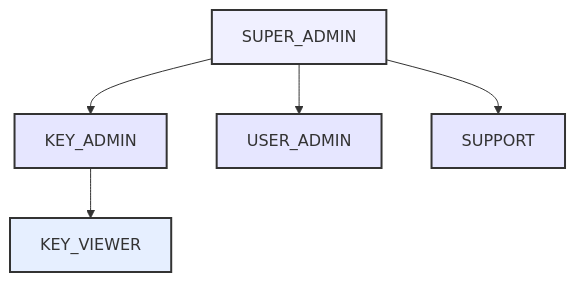
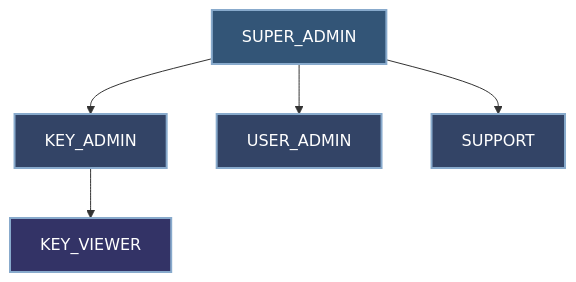
Before and after one commit to erfianugrah/api-gateway-workers: the third of 7 diagrams in docs/ARCHITECTURE.md, drawn with Mermaid. The commit also changed other lines of this file and 1 other file, not shown here.

````diff
--- a/docs/ARCHITECTURE.md
+++ b/docs/ARCHITECTURE.md
@@ -126,13 +126,13 @@
 ```mermaid
 flowchart TB
     A[SUPER_ADMIN] --> B[KEY_ADMIN]
     A --> C[USER_ADMIN]
     A --> D[SUPPORT]
     B --> E[KEY_VIEWER]
     
-    style A fill:#f0f0ff,stroke:#333,stroke-width:2px
-    style B fill:#e6e6ff,stroke:#333,stroke-width:2px
-    style C fill:#e6e6ff,stroke:#333,stroke-width:2px
-    style D fill:#e6e6ff,stroke:#333,stroke-width:2px
-    style E fill:#e6efff,stroke:#333,stroke-width:2px
+    style A fill:#335577,stroke:#88aacc,stroke-width:2px,color:#ffffff
+    style B fill:#334466,stroke:#88aacc,stroke-width:2px,color:#ffffff
+    style C fill:#334466,stroke:#88aacc,stroke-width:2px,color:#ffffff
+    style D fill:#334466,stroke:#88aacc,stroke-width:2px,color:#ffffff
+    style E fill:#333366,stroke:#88aacc,stroke-width:2px,color:#ffffff
 ```
````
